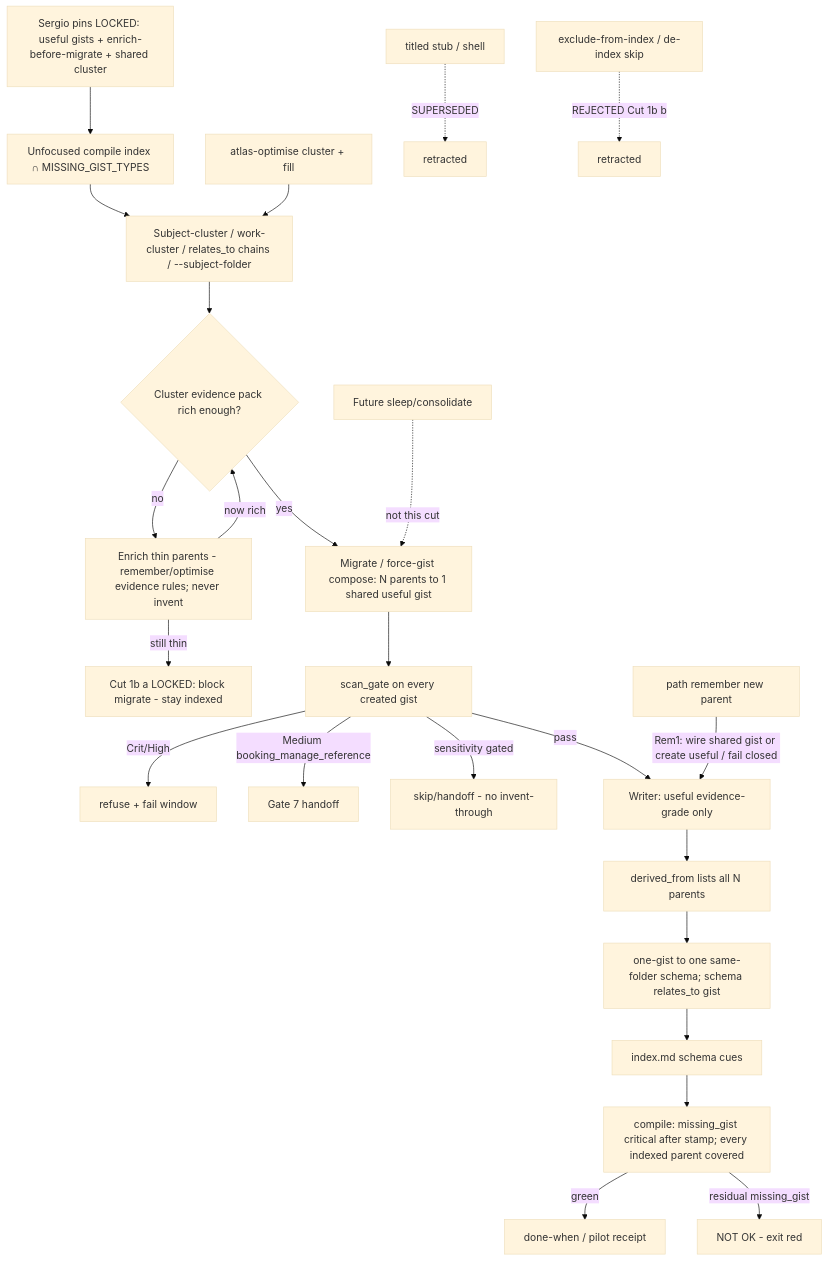
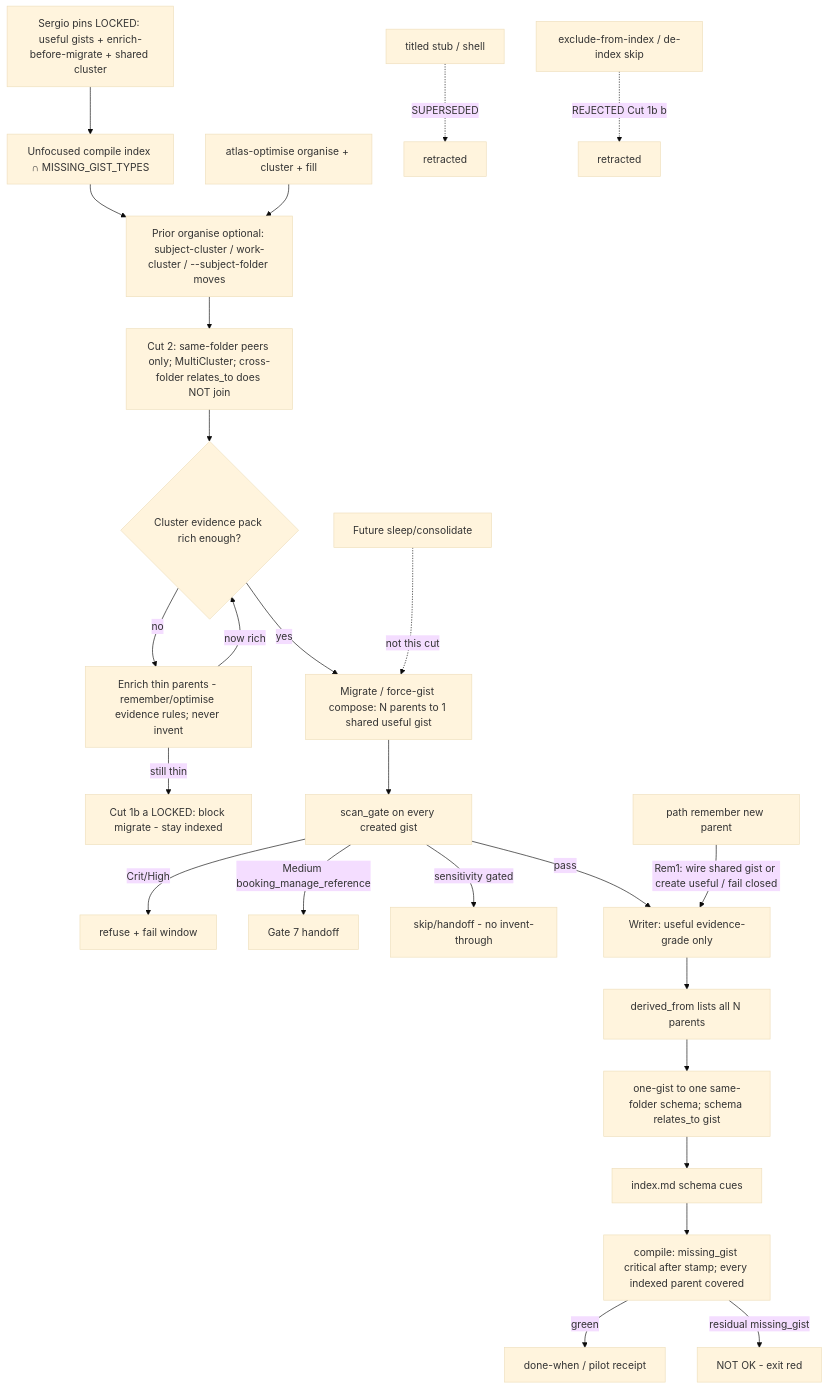
Before and after one commit to sergio-sisternes-epam/atlas-atlas: the diagram in autogenesis/plans/2026-10-06-atlas-force-gist-compile-green.md, drawn with Mermaid (base theme). The commit also changed other lines of this file and 2 other files, not shown here.

First line of the commit message:
docs(autogenesis): lock Cut 2 — same-folder cluster membership only

````diff
--- a/autogenesis/plans/2026-10-06-atlas-force-gist-compile-green.md
+++ b/autogenesis/plans/2026-10-06-atlas-force-gist-compile-green.md
@@ -172,26 +177,27 @@
 ```mermaid
 flowchart TB
   Pin[Sergio pins LOCKED: useful gists + enrich-before-migrate + shared cluster] --> Scope[Unfocused compile index ∩ MISSING_GIST_TYPES]
-  Scope --> Cluster[Subject-cluster / work-cluster / relates_to chains / --subject-folder]
+  Scope --> Organise[Prior organise optional: subject-cluster / work-cluster / --subject-folder moves]
+  Organise --> Cluster[Cut 2: same-folder peers only; MultiCluster; cross-folder relates_to does NOT join]
   Cluster --> Pack{Cluster evidence pack rich enough?}
   Pack -->|no| Enrich[Enrich thin parents - remember/optimise evidence rules; never invent]
   Enrich -->|still thin| Block[Cut 1b a LOCKED: block migrate - stay indexed]
   Enrich -->|now rich| Pack
   Pack -->|yes| Mig[Migrate / force-gist compose: N parents to 1 shared useful gist]
   Mig --> Scan[scan_gate on every created gist]
   Scan -->|Crit/High| Refuse[refuse + fail window]
   Scan -->|Medium booking_manage_reference| Handoff[Gate 7 handoff]
   Scan -->|sensitivity gated| Skip[skip/handoff - no invent-through]
   Scan -->|pass| Writer[Writer: useful evidence-grade only]
   Writer --> DerivedN[derived_from lists all N parents]
   DerivedN --> SchemaBody[one-gist to one same-folder schema; schema relates_to gist]
   SchemaBody --> Index[index.md schema cues]
   Index --> Compile[compile: missing_gist critical after stamp; every indexed parent covered]
   Compile -->|green| Exit[done-when / pilot receipt]
   Compile -->|residual missing_gist| Fail[NOT OK - exit red]
   Remember[path remember new parent] -->|Rem1: wire shared gist or create useful / fail closed| Writer
-  Opt[atlas-optimise cluster + fill] --> Cluster
+  Opt[atlas-optimise organise + cluster + fill] --> Organise
   Sleep[Future sleep/consolidate] -.not this cut.-> Mig
   StubOld[titled stub / shell] -.->|SUPERSEDED| X1[retracted]
   ExcludeOld[exclude-from-index / de-index skip] -.->|REJECTED Cut 1b b| X2[retracted]
 ```
````
